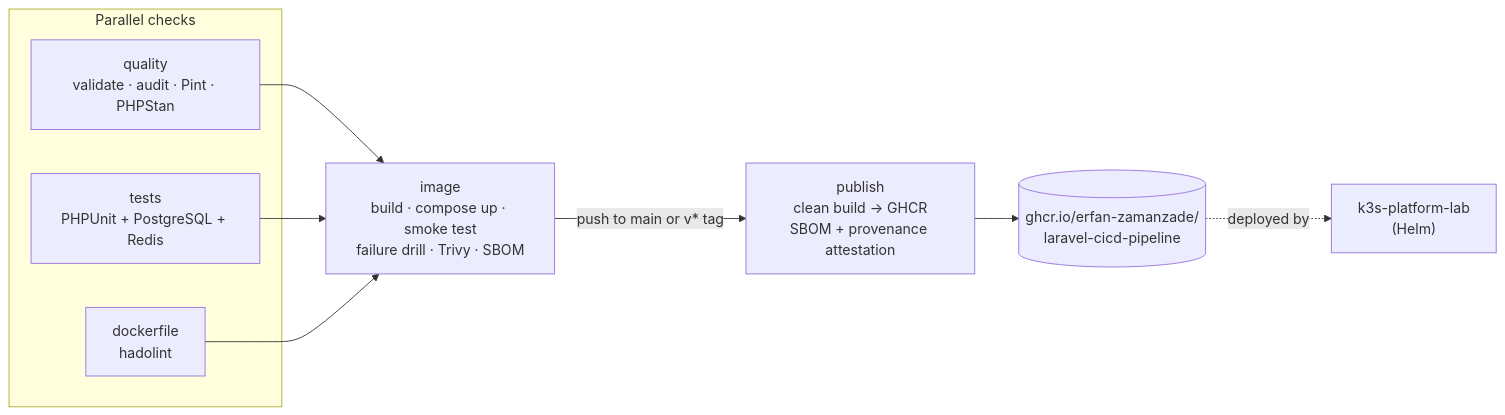
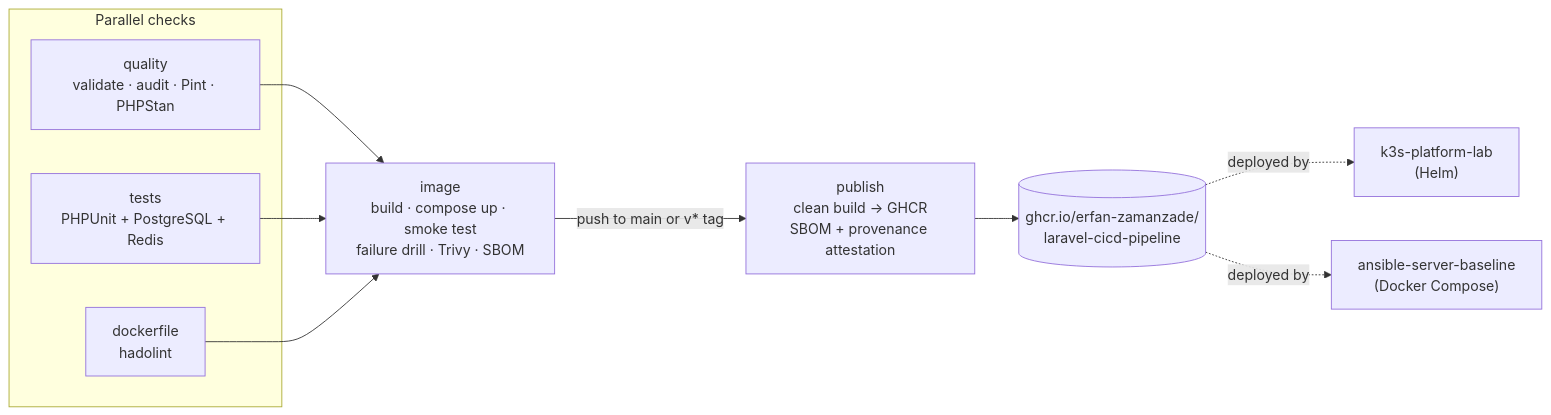
One commit to erfan-zamanzade/laravel-cicd-pipeline changed the first of 2 diagrams in README.md. Above: the diagram before and after it, drawn with Mermaid. The commit also changed other lines of this file, not shown here.

Commit message:
Link ansible-server-baseline as the single-server deployment

````diff
--- a/README.md
+++ b/README.md
@@ -26,12 +26,13 @@
 ```mermaid
 flowchart LR
     subgraph checks["Parallel checks"]
         Q["quality<br/>validate · audit · Pint · PHPStan"]
         T["tests<br/>PHPUnit + PostgreSQL + Redis"]
         D["dockerfile<br/>hadolint"]
     end
     Q & T & D --> I["image<br/>build · compose up · smoke test<br/>failure drill · Trivy · SBOM"]
     I -->|"push to main or v* tag"| P["publish<br/>clean build → GHCR<br/>SBOM + provenance attestation"]
     P --> R[("ghcr.io/erfan-zamanzade/<br/>laravel-cicd-pipeline")]
     R -.->|"deployed by"| K["k3s-platform-lab<br/>(Helm)"]
+    R -.->|"deployed by"| A["ansible-server-baseline<br/>(Docker Compose)"]
 ```
````
